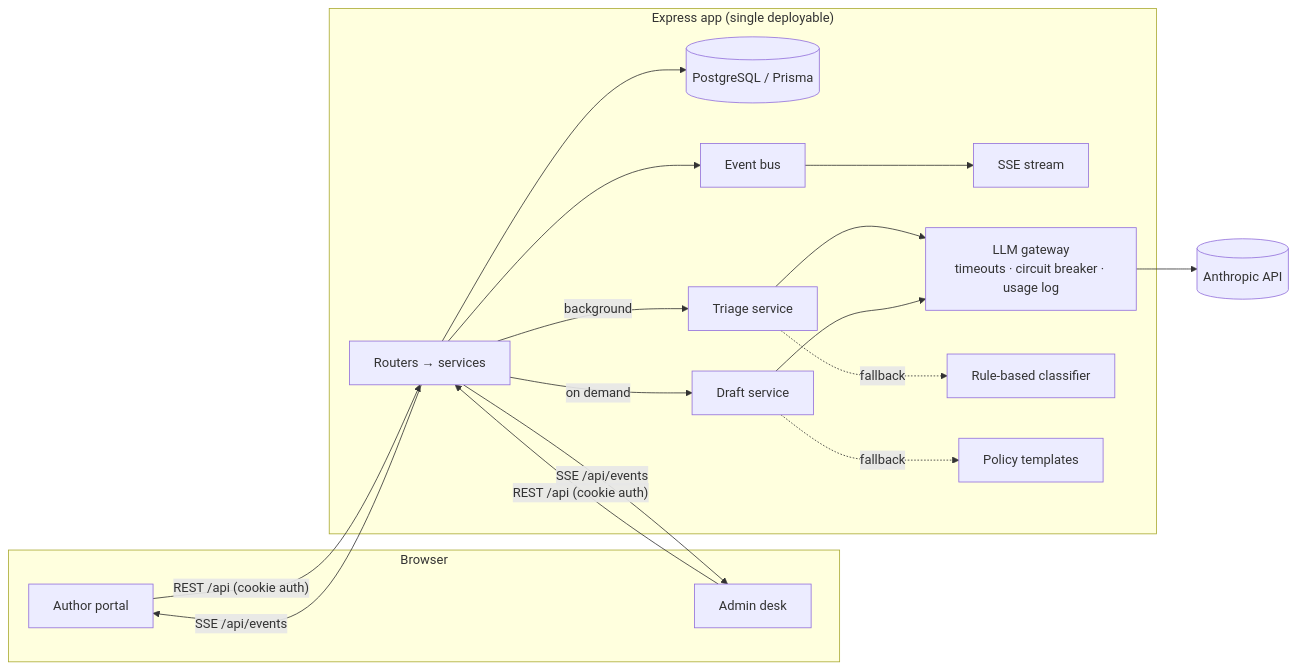
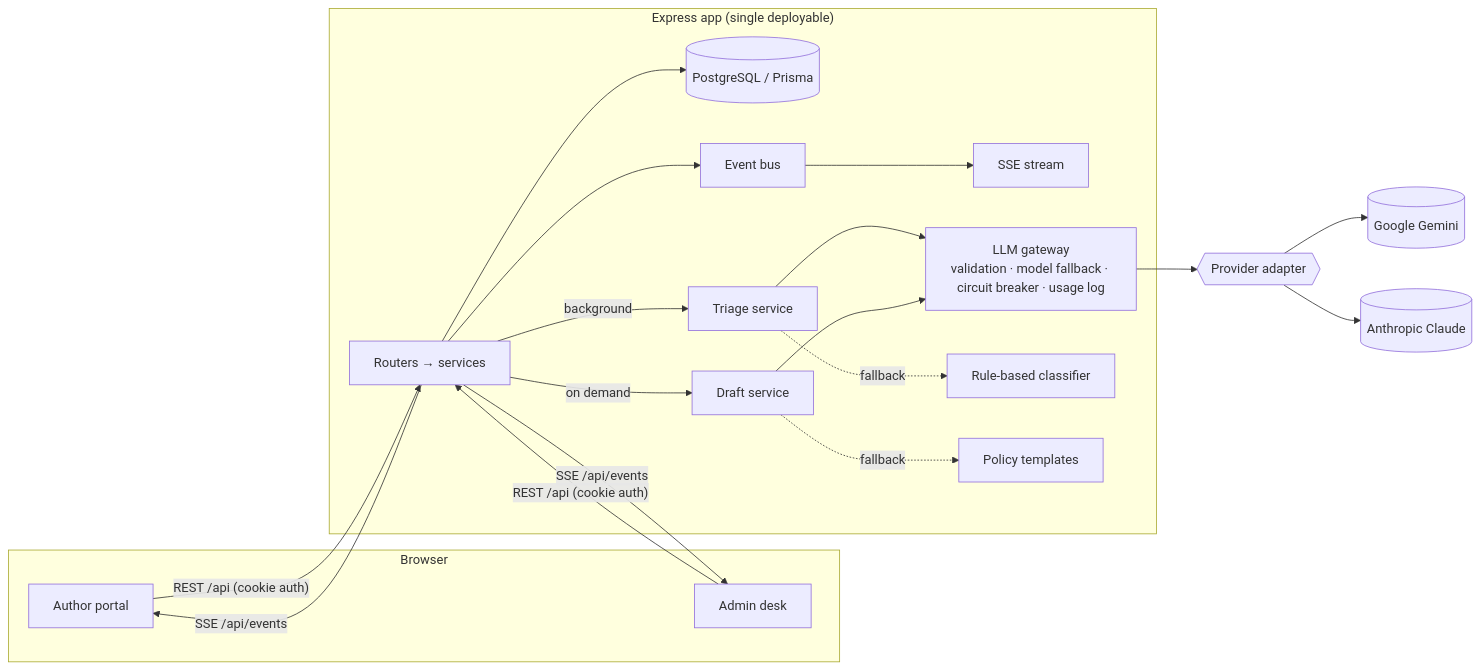
One commit to jash2884/bookleaf-support-portal changed the diagram in README.md. Above: the diagram before and after it, drawn with Mermaid. The commit also changed other lines of this file and 21 other files, not shown here.

First line of the commit message:
feat(ai): provider-agnostic LLM layer with Gemini support and model fallback chain

````diff
--- a/README.md
+++ b/README.md
@@ -78,19 +78,21 @@
 ```mermaid
 flowchart LR
   subgraph Browser
     A[Author portal] & B[Admin desk]
   end
   A & B -- "REST /api (cookie auth)" --> API
   API -- "SSE /api/events" --> A & B
   subgraph Server["Express app (single deployable)"]
     API[Routers → services] --> DB[(PostgreSQL / Prisma)]
     API --> Bus[Event bus]
     Bus --> SSE[SSE stream]
     API -- background --> Triage[Triage service]
     API -- on demand --> Draft[Draft service]
-    Triage & Draft --> GW[LLM gateway<br/>timeouts · circuit breaker · usage log]
+    Triage & Draft --> GW[LLM gateway<br/>validation · model fallback · circuit breaker · usage log]
     Triage -. fallback .-> Rules[Rule-based classifier]
     Draft -. fallback .-> Tmpl[Policy templates]
   end
-  GW --> Claude[(Anthropic API)]
+  GW --> P{{Provider adapter}}
+  P --> Gemini[(Google Gemini)]
+  P --> Claude[(Anthropic Claude)]
 ```
````
